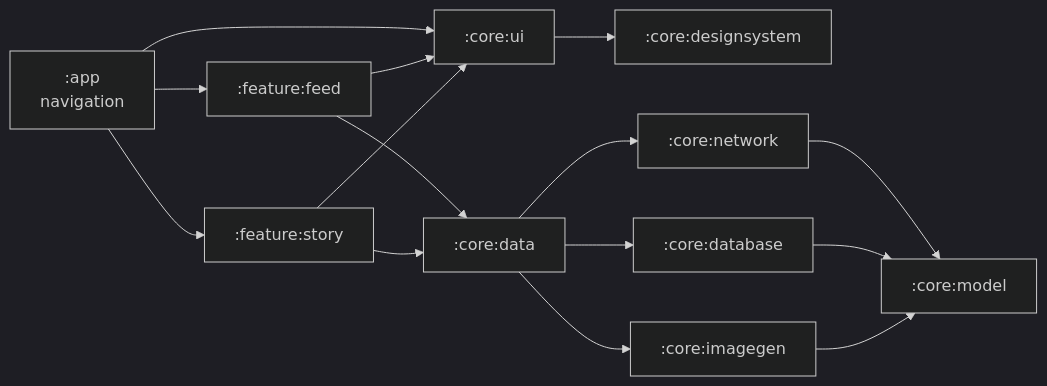
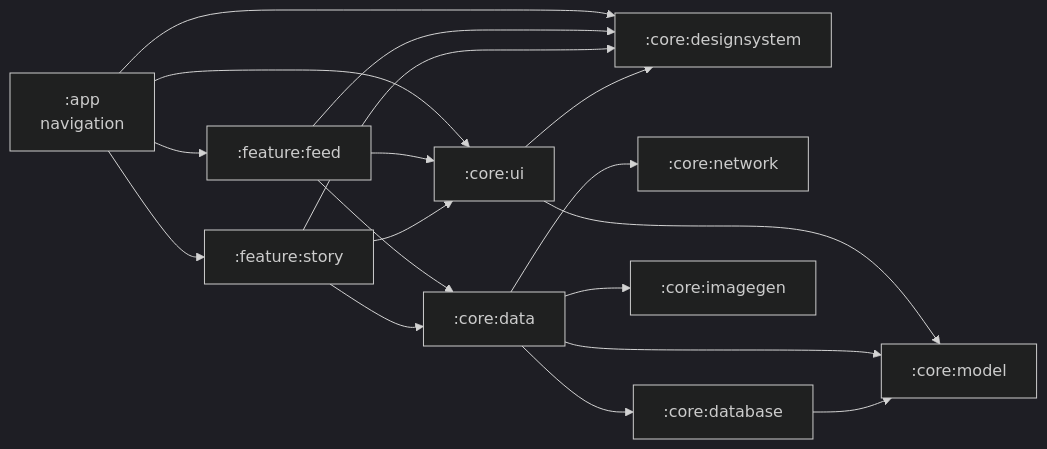
The diagram in README.md (emirkuljanin/hn-visual-feed), drawn with Mermaid (dark theme) before and after one commit. The commit also changed other lines of this file and 21 other files, not shown here.

````diff
--- a/README.md
+++ b/README.md
@@ -65,17 +81,20 @@
 ```mermaid
 flowchart LR
     app[":app<br/>navigation"] --> feed[":feature:feed"]
     app --> story[":feature:story"]
-    app --> ui
+    app --> ui[":core:ui"]
+    app --> ds[":core:designsystem"]
     feed --> data[":core:data"]
+    feed --> ui
+    feed --> ds
     story --> data
-    feed --> ui[":core:ui"]
     story --> ui
-    ui --> ds[":core:designsystem"]
+    story --> ds
+    ui --> ds
+    ui --> model[":core:model"]
     data --> network[":core:network"]
     data --> database[":core:database"]
     data --> imagegen[":core:imagegen"]
-    network --> model[":core:model"]
+    data --> model
     database --> model
-    imagegen --> model
 ```
````
